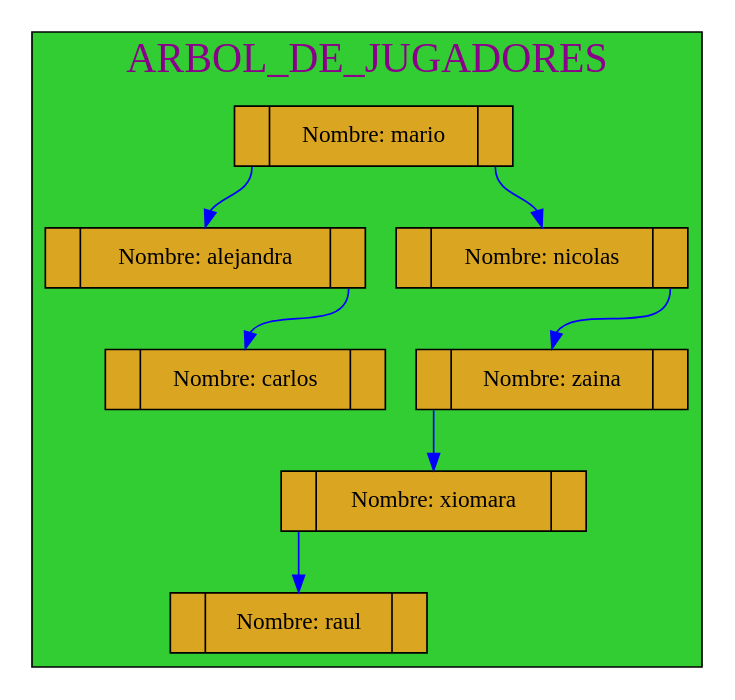
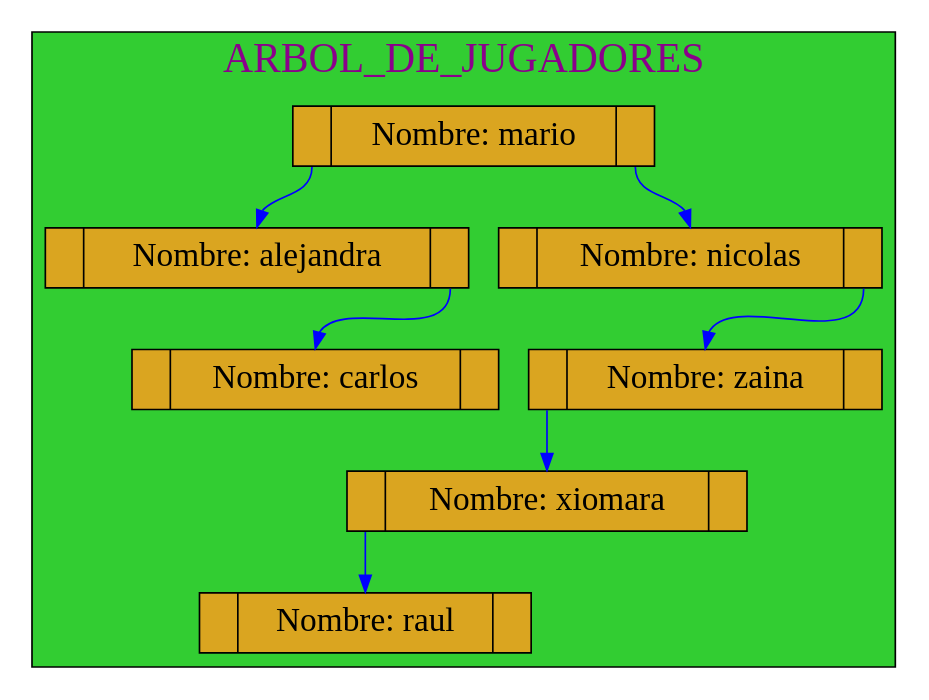
The diagram in Graficas/Arbol_Jugadores.dot (mariotun/EDD_1S2020_PY1_201602942), drawn with Graphviz before and after one commit. The commit also changed 24 other files, not shown here.

```diff
--- a/Graficas/Arbol_Jugadores.dot
+++ b/Graficas/Arbol_Jugadores.dot
@@ -1,37 +1,38 @@
 digraph ArbolBB{
 subgraph cluster_1 {
 
 label= "ARBOL_DE_JUGADORES ";
 labelloc=t;
 fontcolor=magenta4;
+fontname=algerian
 fontsize=25;
 style=filled;
 fillcolor=limegreen;
-node[shape=record,height=0.5 style=filled fontcolor=black fillcolor=goldenrod ];
+node[shape=record,height=0.5 style=filled fontcolor=black fillcolor=goldenrod fontsize=20 ];
 
 
 25769968848[label="<f0> |<f1>Nombre: mario |<f2> " ]; 
-25770344336[label="<f0> |<f1>Nombre: alejandra |<f2>" ]
-25770344608[label="<f0> |<f1>Nombre: nicolas |<f2>" ]
-25770344912[label="<f0> |<f1>Nombre: carlos |<f2>" ]
-25770344912[label="<f0> |<f1>Nombre: carlos |<f2>" ]
-25770344992[label="<f0> |<f1>Nombre: zaina |<f2>" ]
-25770344992[label="<f0> |<f1>Nombre: zaina |<f2>" ]
-25770345472[label="<f0> |<f1>Nombre: xiomara |<f2>" ]
-25770345472[label="<f0> |<f1>Nombre: xiomara |<f2>" ]
-25770345472[label="<f0> |<f1>Nombre: xiomara |<f2>" ]
-25770345552[label="<f0> |<f1>Nombre: raul |<f2>" ]
-25770345552[label="<f0> |<f1>Nombre: raul |<f2>" ]
-25770345552[label="<f0> |<f1>Nombre: raul |<f2>" ]
-25770345552[label="<f0> |<f1>Nombre: raul |<f2>" ]
+25770344352[label="<f0> |<f1>Nombre: alejandra |<f2>" ]
+25770344624[label="<f0> |<f1>Nombre: nicolas |<f2>" ]
+25770344928[label="<f0> |<f1>Nombre: carlos |<f2>" ]
+25770344928[label="<f0> |<f1>Nombre: carlos |<f2>" ]
+25770345008[label="<f0> |<f1>Nombre: zaina |<f2>" ]
+25770345008[label="<f0> |<f1>Nombre: zaina |<f2>" ]
+25770345488[label="<f0> |<f1>Nombre: xiomara |<f2>" ]
+25770345488[label="<f0> |<f1>Nombre: xiomara |<f2>" ]
+25770345488[label="<f0> |<f1>Nombre: xiomara |<f2>" ]
+25770345568[label="<f0> |<f1>Nombre: raul |<f2>" ]
+25770345568[label="<f0> |<f1>Nombre: raul |<f2>" ]
+25770345568[label="<f0> |<f1>Nombre: raul |<f2>" ]
+25770345568[label="<f0> |<f1>Nombre: raul |<f2>" ]
 
-25769968848:f0->25770344336:f1 [color=blue]
-25769968848:f2->25770344608:f1 [color=blue ]
-25770344336:f2->25770344912:f1 [color=blue ]
-25770344608:f2->25770344992:f1 [color=blue ]
-25770344992:f0->25770345472:f1 [color=blue]
-25770345472:f0->25770345552:f1 [color=blue]
+25769968848:f0->25770344352:f1 [color=blue]
+25769968848:f2->25770344624:f1 [color=blue ]
+25770344352:f2->25770344928:f1 [color=blue ]
+25770344624:f2->25770345008:f1 [color=blue ]
+25770345008:f0->25770345488:f1 [color=blue]
+25770345488:f0->25770345568:f1 [color=blue]
 
  }
 
  }
```
